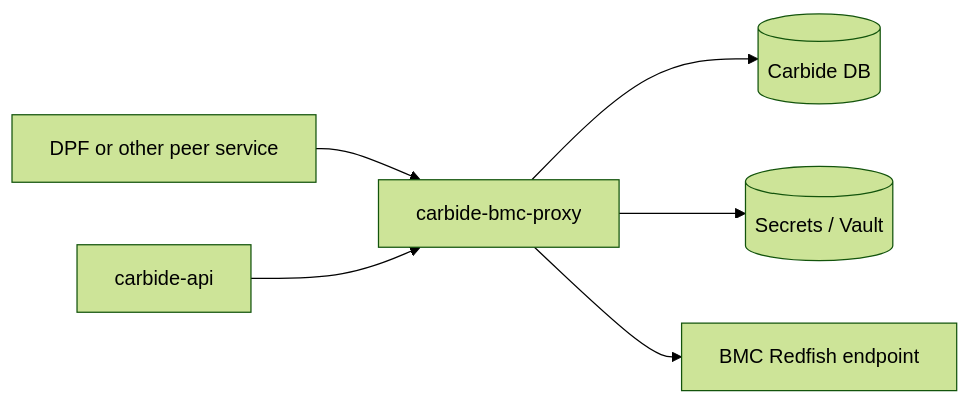
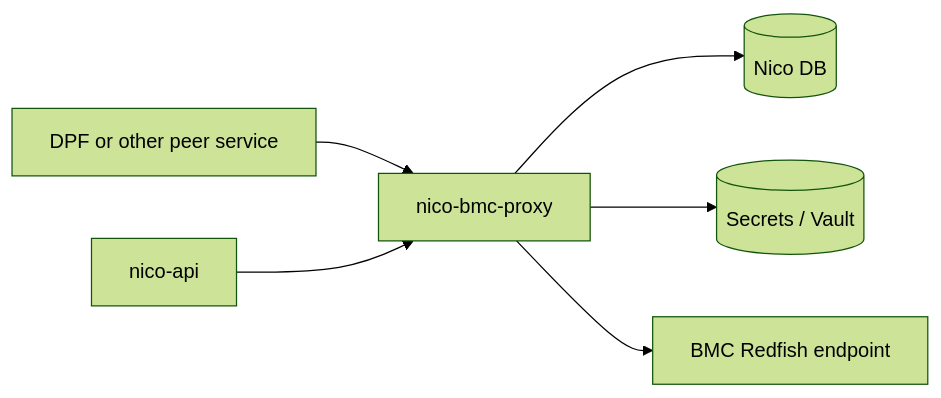
Before and after one commit to NVIDIA/infra-controller-core: the first of 3 diagrams in crates/bmc-proxy/README.md, drawn with Mermaid (forest theme). The commit also changed other lines of this file and 2461 other files, not shown here.

First line of the commit message:
feat!: rename carbide/forge → NVIDIA Infrastructure Controller (NICo)

````diff
--- a/crates/bmc-proxy/README.md
+++ b/crates/bmc-proxy/README.md
@@ -157,15 +157,15 @@
 ```mermaid
 flowchart LR
     DPF[DPF or other peer service]
-    Carbide[carbide-api]
-    Proxy[carbide-bmc-proxy]
-    DB[(Carbide DB)]
+    Nico[nico-api]
+    Proxy[nico-bmc-proxy]
+    DB[(Nico DB)]
     Vault[(Secrets / Vault)]
     BMC[BMC Redfish endpoint]
 
     DPF --> Proxy
-    Carbide --> Proxy
+    Nico --> Proxy
     Proxy --> DB
     Proxy --> Vault
     Proxy --> BMC
 ```
````
